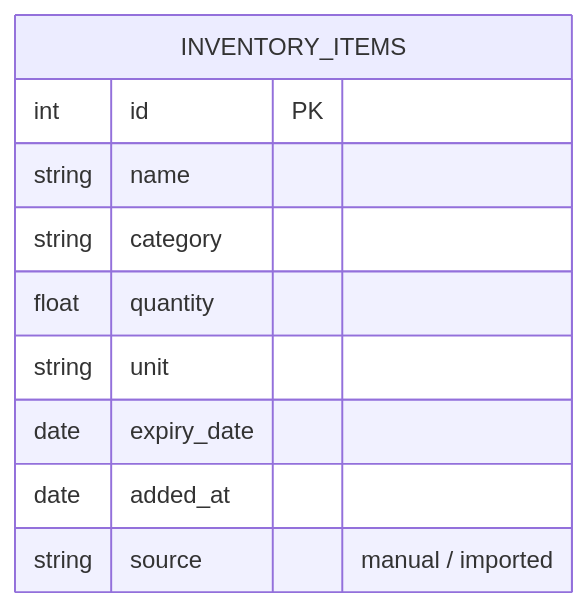
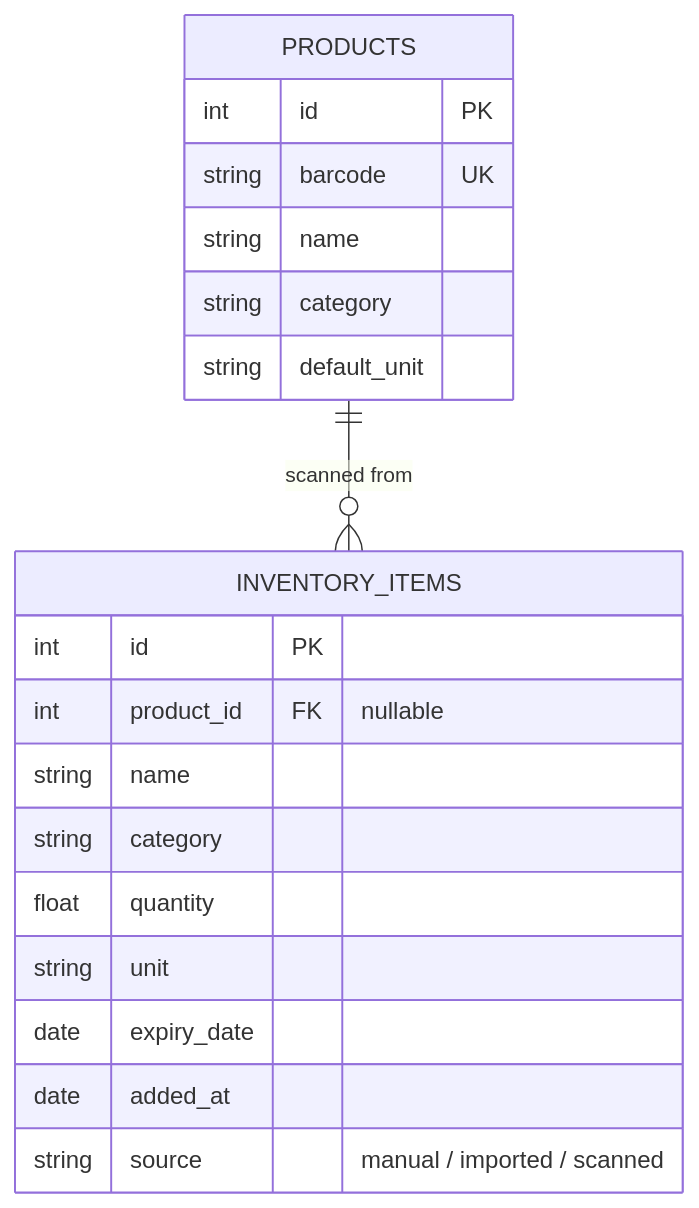
One commit to kili-skiff/pantry-core changed the diagram in docs/data-model.md. Above: the diagram before and after it, drawn with Mermaid. The commit also changed 2 other files, not shown here.

Commit message:
Add products table and scanned source for barcode scan

````diff
--- a/docs/data-model.md
+++ b/docs/data-model.md
@@ -7,13 +7,24 @@
 ```mermaid
 erDiagram
+    PRODUCTS ||--o{ INVENTORY_ITEMS : "scanned from"
+
+    PRODUCTS {
+        int id PK
+        string barcode UK
+        string name
+        string category
+        string default_unit
+    }
+
     INVENTORY_ITEMS {
         int id PK
+        int product_id FK "nullable"
         string name
         string category
         float quantity
         string unit
         date expiry_date
         date added_at
-        string source "manual / imported"
+        string source "manual / imported / scanned"
     }
 ```
````
